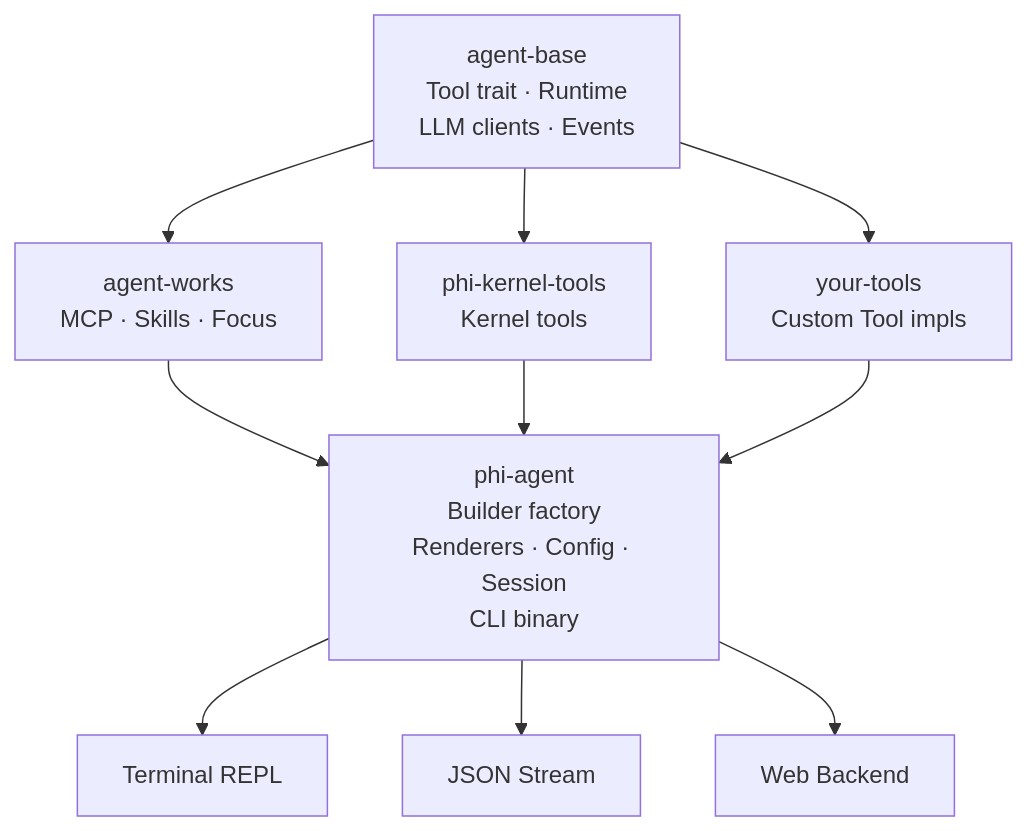
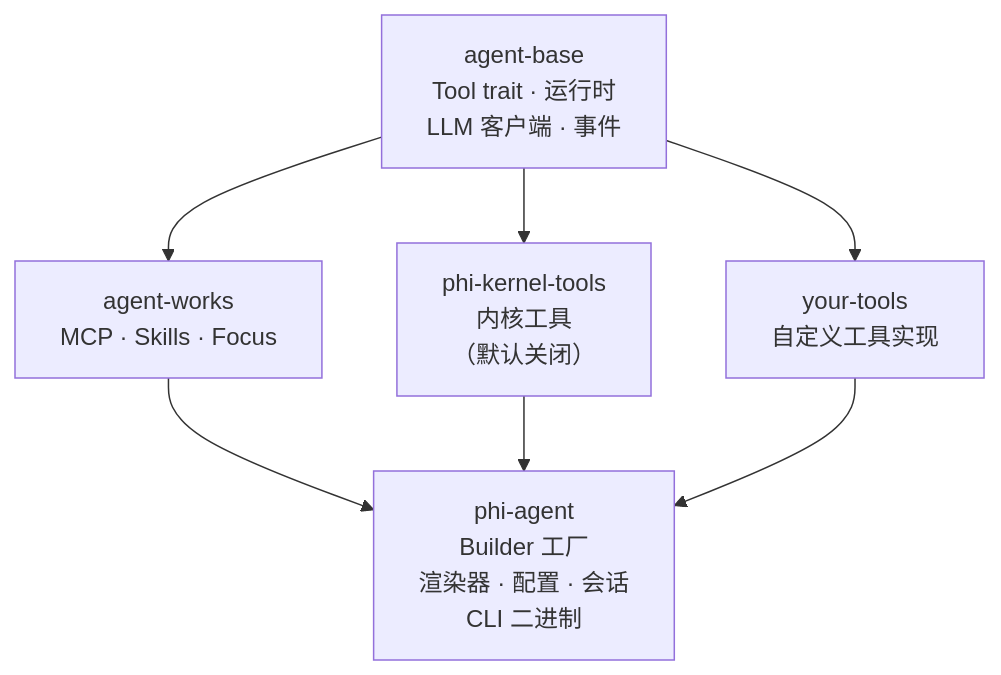
One commit to chenkangzeng1/agent-base changed the diagram in README.md. Above: the diagram before and after it, drawn with Mermaid. The commit also changed other lines of this file and 2 other files, not shown here.

````diff
--- a/README.md
+++ b/README.md
@@ -66,17 +29,14 @@
 ```mermaid
 graph TB
-    AB[agent-base<br/>Tool trait · Runtime<br/>LLM clients · Events]
+    AB[agent-base<br/>Tool trait · 运行时<br/>LLM 客户端 · 事件]
 
     AB --> AW[agent-works<br/>MCP · Skills · Focus]
-    AB --> PKT[phi-kernel-tools<br/>Kernel tools]
-    AB --> YT[your-tools<br/>Custom Tool impls]
+    AB --> PKT["phi-kernel-tools<br/>内核工具<br/>（默认关闭）"]
+    AB --> YT[your-tools<br/>自定义工具实现]
 
-    AW --> PA[phi-agent<br/>Builder factory<br/>Renderers · Config · Session<br/>CLI binary]
-
+    AW --> PA
     PKT --> PA
     YT --> PA
 
-    PA --> Terminal[Terminal REPL]
-    PA --> JSON[JSON Stream]
-    PA --> Web[Web Backend]
+    PA[phi-agent<br/>Builder 工厂<br/>渲染器 · 配置 · 会话<br/>CLI 二进制]
 ```
````
